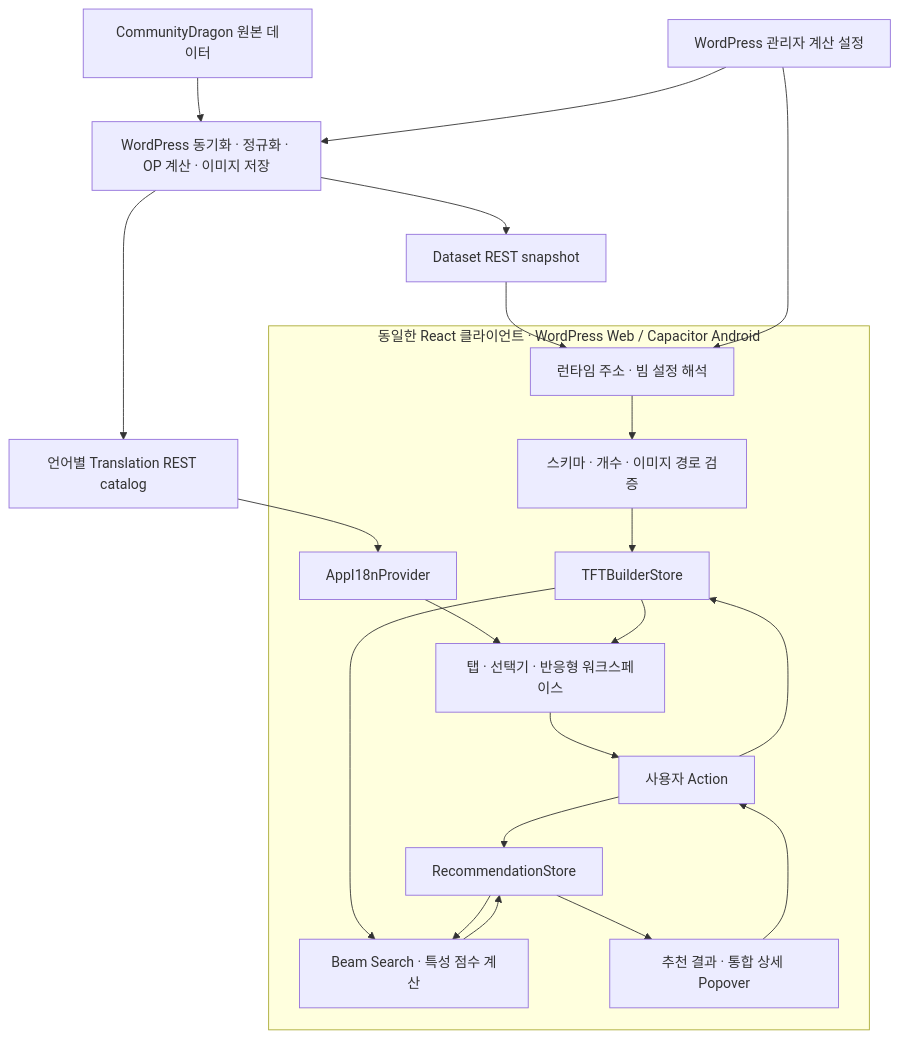
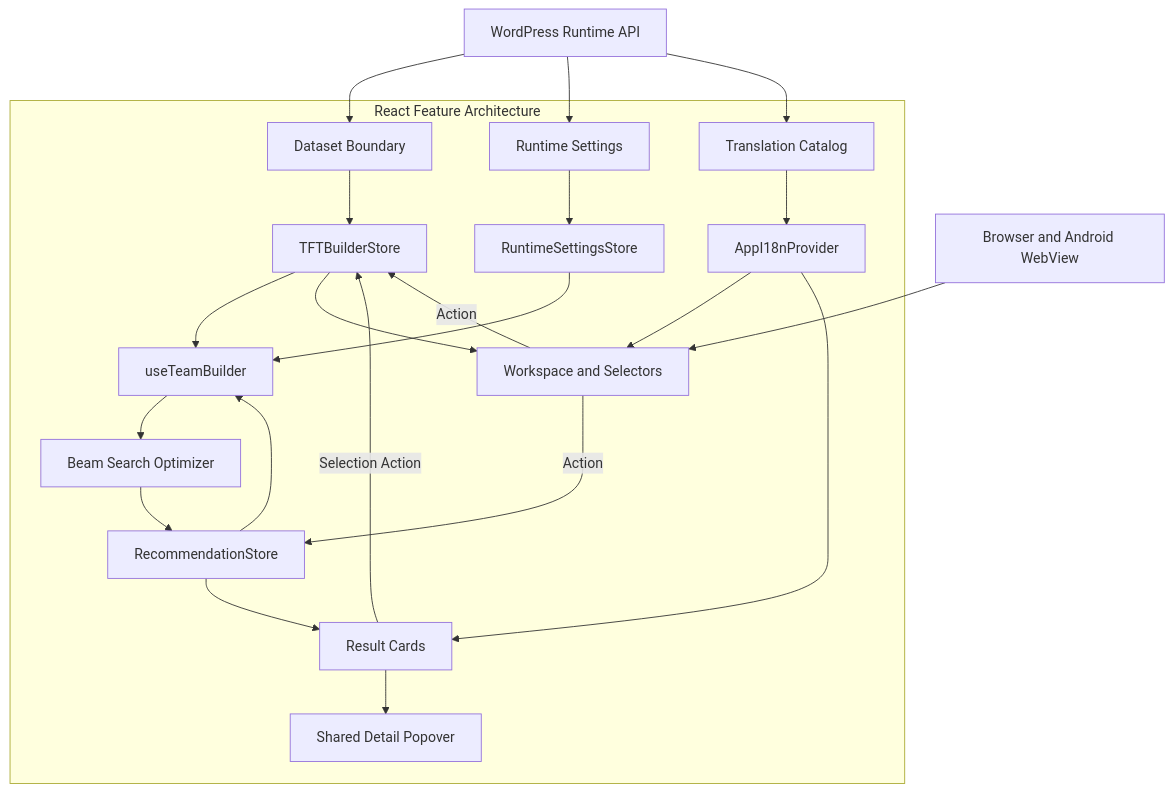
The first of 6 diagrams in vite-project/src/features/README.md (kimdol/my-tft-app), drawn with Mermaid before and after one commit. The commit also changed other lines of this file, not shown here.

Commit message:
Update feature architecture portfolio documentation

````diff
--- a/vite-project/src/features/README.md
+++ b/vite-project/src/features/README.md
@@ -13,36 +13,28 @@
 ```mermaid
 flowchart TB
-    Source["CommunityDragon 원본 데이터"] --> Sync["WordPress 동기화 · 정규화 · OP 계산 · 이미지 저장"]
-    AdminSettings["WordPress 관리자 계산 설정"] --> Sync
-    Sync --> Dataset["Dataset REST snapshot"]
-    Sync --> Translations["언어별 Translation REST catalog"]
+    Runtime["WordPress Runtime API"] --> Dataset["Dataset Boundary"]
+    Runtime --> Settings["Runtime Settings"]
+    Runtime --> Translations["Translation Catalog"]
 
-    subgraph Client["동일한 React 클라이언트 · WordPress Web / Capacitor Android"]
-        Config["런타임 주소 · 빔 설정 해석"]
-        Boundary["스키마 · 개수 · 이미지 경로 검증"]
-        DataStore["TFTBuilderStore"]
-        I18n["AppI18nProvider"]
-        Workspace["탭 · 선택기 · 반응형 워크스페이스"]
-        Actions["사용자 Action"]
-        RecommendationStore["RecommendationStore"]
-        Beam["Beam Search · 특성 점수 계산"]
-        Result["추천 결과 · 통합 상세 Popover"]
+    subgraph Client["React Feature Architecture"]
+        Dataset --> BuilderStore["TFTBuilderStore"]
+        Settings --> SettingsStore["RuntimeSettingsStore"]
+        Translations --> I18n["AppI18nProvider"]
 
-        Config --> Boundary
-        Boundary --> DataStore
+        Workspace["Workspace and Selectors"] -->|Action| BuilderStore
+        Workspace -->|Action| RecommendationStore["RecommendationStore"]
+        BuilderStore --> TeamBuilder["useTeamBuilder"]
+        SettingsStore --> TeamBuilder
+        RecommendationStore --> TeamBuilder
+        TeamBuilder --> Optimizer["Beam Search Optimizer"]
+        Optimizer --> RecommendationStore
+        RecommendationStore --> Result["Result Cards"]
+        BuilderStore --> Workspace
         I18n --> Workspace
-        DataStore --> Workspace
-        Workspace --> Actions
-        Actions --> DataStore
-        Actions --> RecommendationStore
-        DataStore --> Beam
-        RecommendationStore --> Beam
-        Beam --> RecommendationStore
-        RecommendationStore --> Result
-        Result --> Actions
+        I18n --> Result
+        Result -->|Selection Action| BuilderStore
+        Result --> Details["Shared Detail Popover"]
     end
 
-    Dataset --> Config
-    AdminSettings --> Config
-    Translations --> I18n
+    Browser["Browser and Android WebView"] --> Workspace
 ```
````
